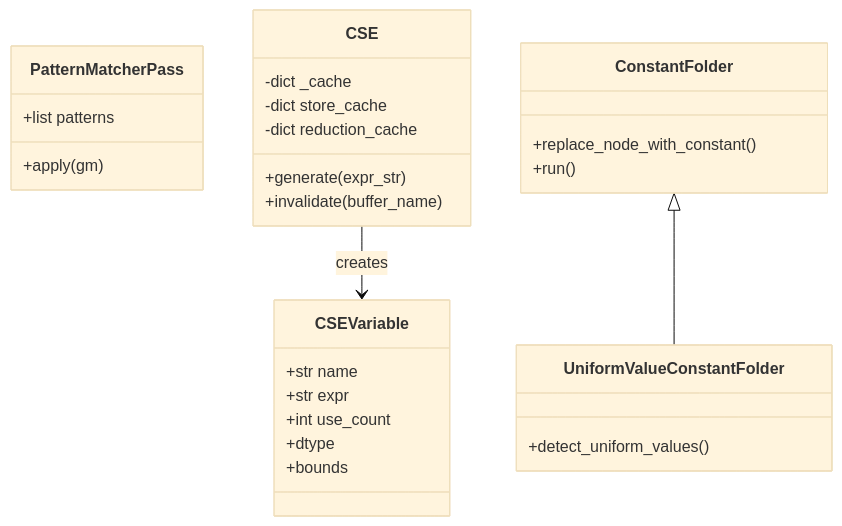
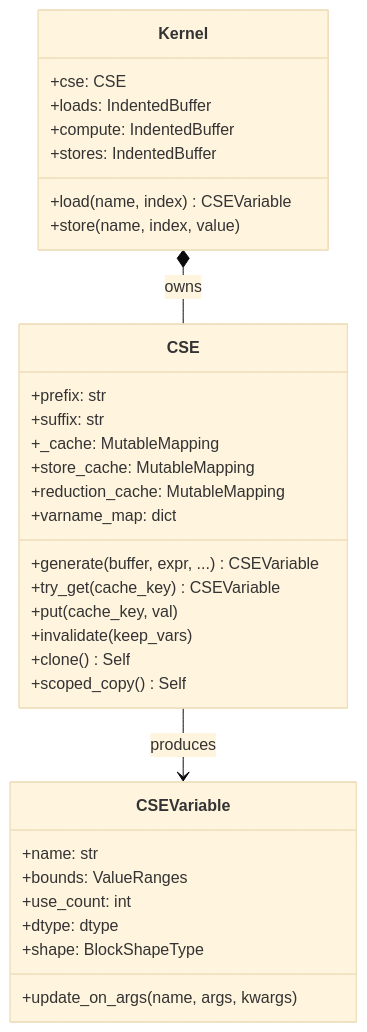
The second of 5 diagrams in Introduction/compiler_view_tutorial/ch05_optimization.md (Allen-C-Guan/Pytorch-Inductor-Tutorial), drawn with Mermaid (base theme) before and after one commit. The commit also changed other lines of this file and 5 other files, not shown here.

````diff
--- a/Introduction/compiler_view_tutorial/ch05_optimization.md
+++ b/Introduction/compiler_view_tutorial/ch05_optimization.md
@@ -216,35 +476,38 @@
 ```mermaid
 classDiagram
-    class PatternMatcherPass {
-        +list patterns
-        +apply(gm)
+    class CSEVariable {
+        +name: str
+        +bounds: ValueRanges
+        +use_count: int
+        +dtype: dtype
+        +shape: BlockShapeType
+        +update_on_args(name, args, kwargs)
     }
 
     class CSE {
-        -dict _cache
-        -dict store_cache
-        -dict reduction_cache
-        +generate(expr_str)
-        +invalidate(buffer_name)
+        +prefix: str
+        +suffix: str
+        +_cache: MutableMapping
+        +store_cache: MutableMapping
+        +reduction_cache: MutableMapping
+        +varname_map: dict
+        +generate(buffer, expr, ...) CSEVariable
+        +try_get(cache_key) CSEVariable
+        +put(cache_key, val)
+        +invalidate(keep_vars)
+        +clone() Self
+        +scoped_copy() Self
     }
 
-    class CSEVariable {
-        +str name
-        +str expr
-        +int use_count
-        +dtype
-        +bounds
+    class Kernel {
+        +cse: CSE
+        +loads: IndentedBuffer
+        +compute: IndentedBuffer
+        +stores: IndentedBuffer
+        +load(name, index) CSEVariable
+        +store(name, index, value)
     }
 
-    class ConstantFolder {
-        +replace_node_with_constant()
-        +run()
-    }
-
-    class UniformValueConstantFolder {
-        +detect_uniform_values()
-    }
-
-    CSE --> CSEVariable : creates
-    ConstantFolder <|-- UniformValueConstantFolder
+    Kernel *-- CSE : owns
+    CSE --> CSEVariable : produces
 ```
````
